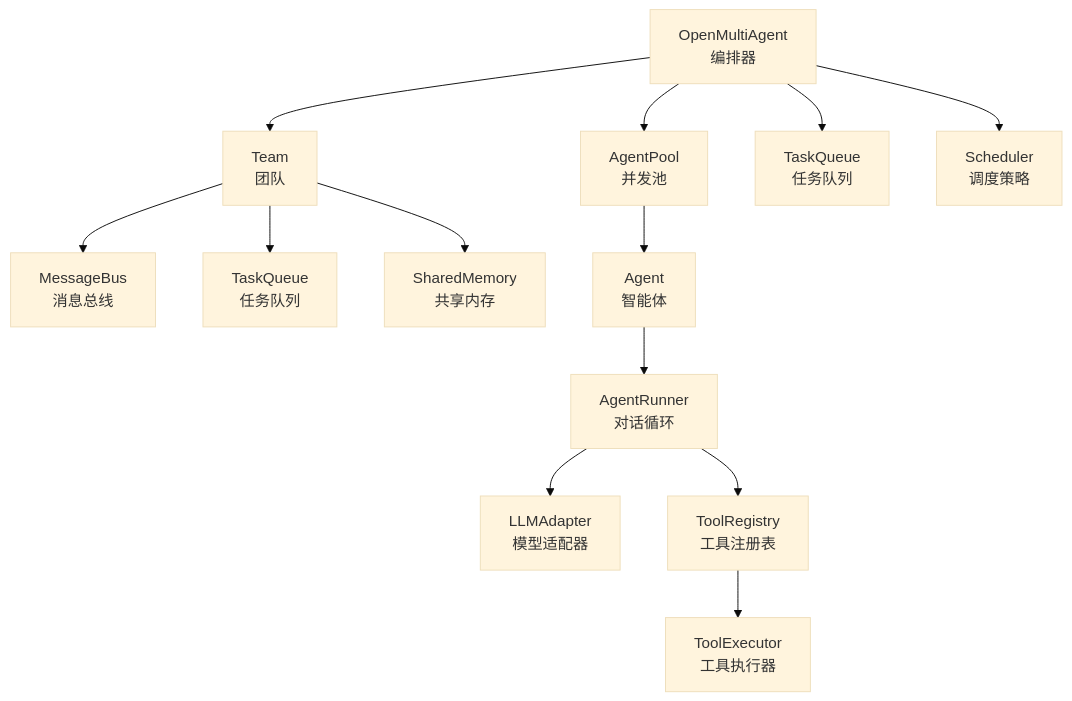
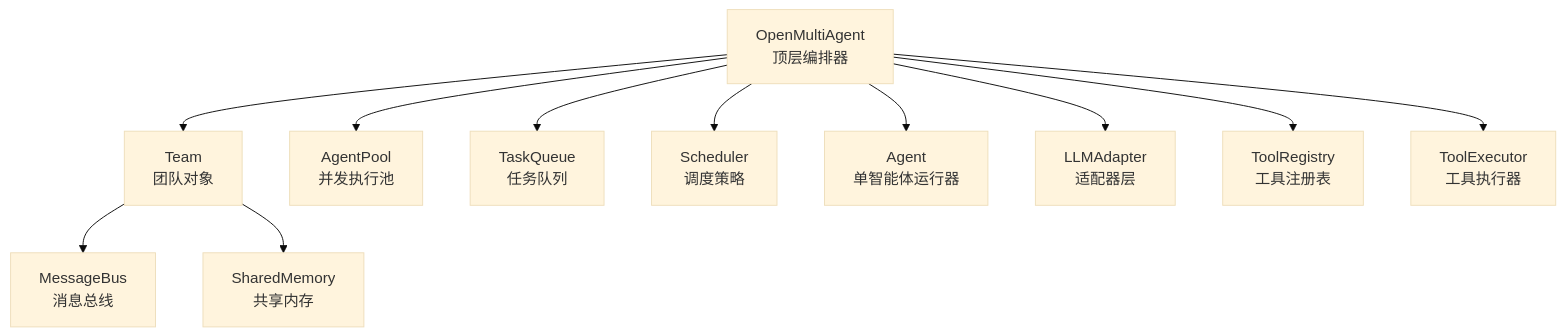
One commit to haolange/open-multi-agent changed the first of 3 diagrams in .qoder/repowiki/zh/content/API 参考/API 参考.md. Above: the diagram before and after it, drawn with Mermaid (base theme). The commit also changed other lines of this file and 100 other files, not shown here.

````diff
--- a/.qoder/repowiki/zh/content/API 参考/API 参考.md
+++ b/.qoder/repowiki/zh/content/API 参考/API 参考.md
@@ -48,15 +38,13 @@
 ```mermaid
 graph TB
-OM["OpenMultiAgent<br/>编排器"] --> Team["Team<br/>团队"]
-OM --> Pool["AgentPool<br/>并发池"]
-OM --> Queue["TaskQueue<br/>任务队列"]
-OM --> Scheduler["Scheduler<br/>调度策略"]
-Team --> Bus["MessageBus<br/>消息总线"]
-Team --> TQueue["TaskQueue<br/>任务队列"]
-Team --> Mem["SharedMemory<br/>共享内存"]
-Pool --> Agent["Agent<br/>智能体"]
-Agent --> Runner["AgentRunner<br/>对话循环"]
-Runner --> Adapter["LLMAdapter<br/>模型适配器"]
-Runner --> Registry["ToolRegistry<br/>工具注册表"]
-Registry --> Executor["ToolExecutor<br/>工具执行器"]
+OM["OpenMultiAgent<br/>顶层编排器"] --> TM["Team<br/>团队对象"]
+OM --> AP["AgentPool<br/>并发执行池"]
+OM --> SQ["TaskQueue<br/>任务队列"]
+OM --> SCH["Scheduler<br/>调度策略"]
+OM --> AG["Agent<br/>单智能体运行器"]
+OM --> AD["LLMAdapter<br/>适配器层"]
+OM --> TR["ToolRegistry<br/>工具注册表"]
+OM --> TE["ToolExecutor<br/>工具执行器"]
+TM --> MB["MessageBus<br/>消息总线"]
+TM --> SM["SharedMemory<br/>共享内存"]
 ```
````
